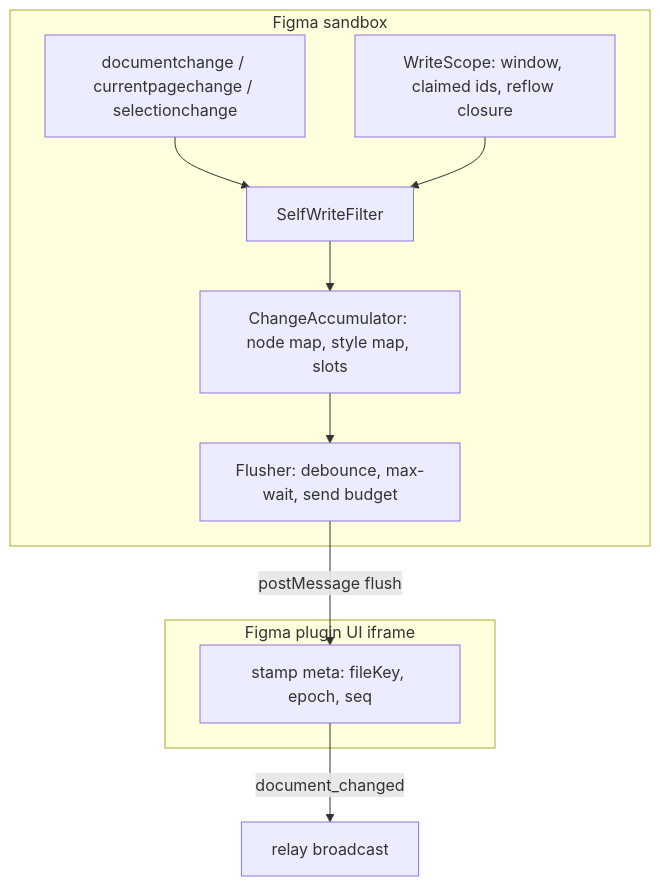
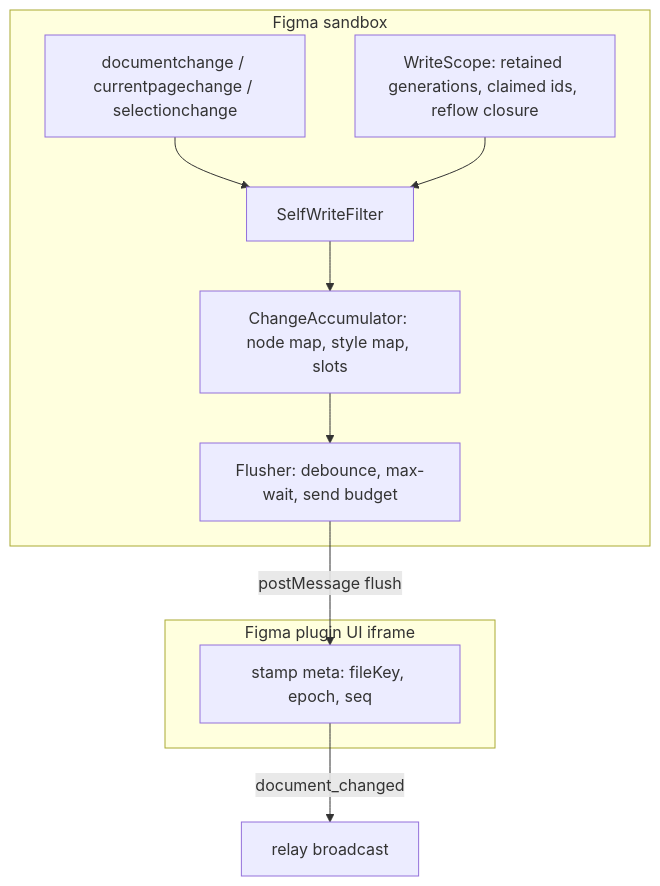
Before and after one commit to yleilu/figma-agent-bridge: the first of 2 diagrams in docs/specs/change-feed.md, drawn with Mermaid. The commit also changed other lines of this file, not shown here.

````diff
--- a/docs/specs/change-feed.md
+++ b/docs/specs/change-feed.md
@@ -257,19 +257,19 @@
 ```mermaid
 flowchart TB
     subgraph Sandbox["Figma sandbox"]
         EV["documentchange / currentpagechange / selectionchange"]
-        WS["WriteScope: window, claimed ids, reflow closure"]
+        WS["WriteScope: retained generations, claimed ids, reflow closure"]
         FL["SelfWriteFilter"]
         AC["ChangeAccumulator: node map, style map, slots"]
         FLUSH["Flusher: debounce, max-wait, send budget"]
     end
     subgraph UI["Figma plugin UI iframe"]
         ST["stamp meta: fileKey, epoch, seq"]
     end
     EV --> FL
     WS --> FL
     FL --> AC
     AC --> FLUSH
     FLUSH -->|postMessage flush| ST
     ST -->|document_changed| Relay["relay broadcast"]
 ```
````
